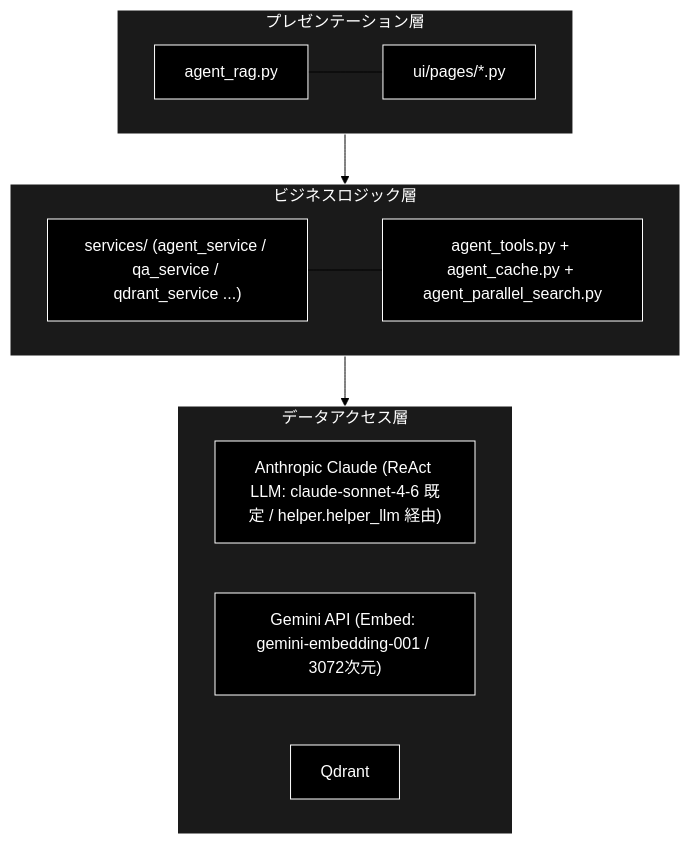
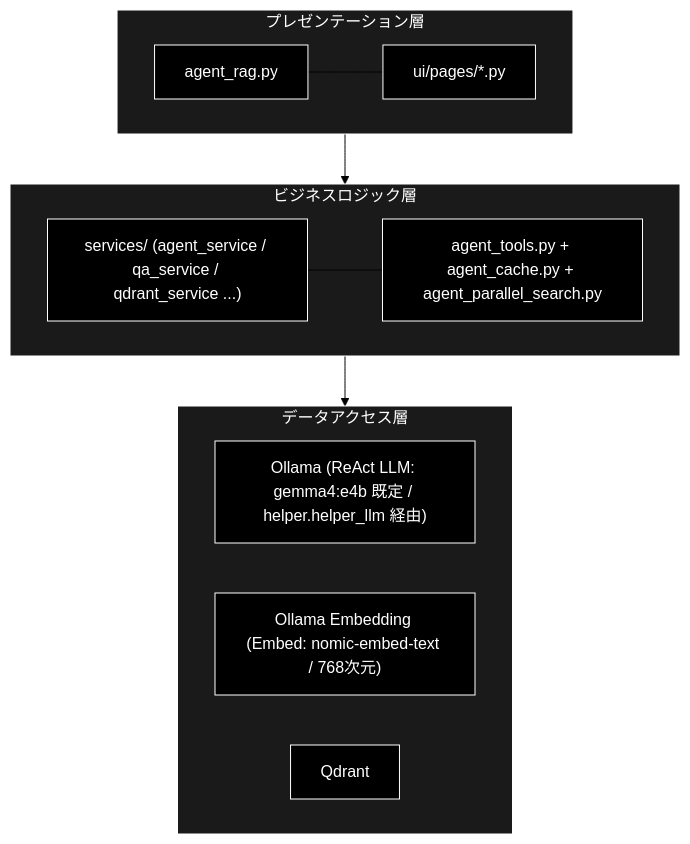
Before and after one commit to nakashima2toshio/ollama_grace_agent_v2: the first of 10 diagrams in readme_react_reflection.md, drawn with Mermaid (forest theme). The commit also changed other lines of this file and 5 other files, not shown here.

First line of the commit message:
docs(readme): Ollama ネイティブ化（README*.md の Anthropic/Gemini/OpenAI 表記を統一）

````diff
--- a/readme_react_reflection.md
+++ b/readme_react_reflection.md
@@ -146,29 +148,29 @@
 ```mermaid
 graph TD
     subgraph Presentation ["プレゼンテーション層"]
         Entry["agent_rag.py"]
         Pages["ui/pages/*.py"]
         Entry --- Pages
     end
 
     subgraph BusinessLogic ["ビジネスロジック層"]
         Services["services/ (agent_service / qa_service / qdrant_service ...)"]
         Tools["agent_tools.py + agent_cache.py + agent_parallel_search.py"]
         Services --- Tools
     end
 
     subgraph DataAccess ["データアクセス層"]
-        LLM["Anthropic Claude (ReAct LLM: claude-sonnet-4-6 既定 / helper.helper_llm 経由)"]
-        EmbedAPI["Gemini API (Embed: gemini-embedding-001 / 3072次元)"]
+        LLM["Ollama (ReAct LLM: gemma4:e4b 既定 / helper.helper_llm 経由)"]
+        EmbedAPI["Ollama Embedding (Embed: nomic-embed-text / 768次元)"]
         DB["Qdrant"]
     end
 
     Presentation --> BusinessLogic
     BusinessLogic --> DataAccess
 classDef default fill:#000,stroke:#fff,color:#fff
 classDef subgraphStyle fill:#1a1a1a,stroke:#fff,color:#fff
 class Entry,Pages,Services,Tools,LLM,EmbedAPI,DB default
 style Presentation fill:#1a1a1a,stroke:#fff,color:#fff
 style BusinessLogic fill:#1a1a1a,stroke:#fff,color:#fff
 style DataAccess fill:#1a1a1a,stroke:#fff,color:#fff
 ```
````
